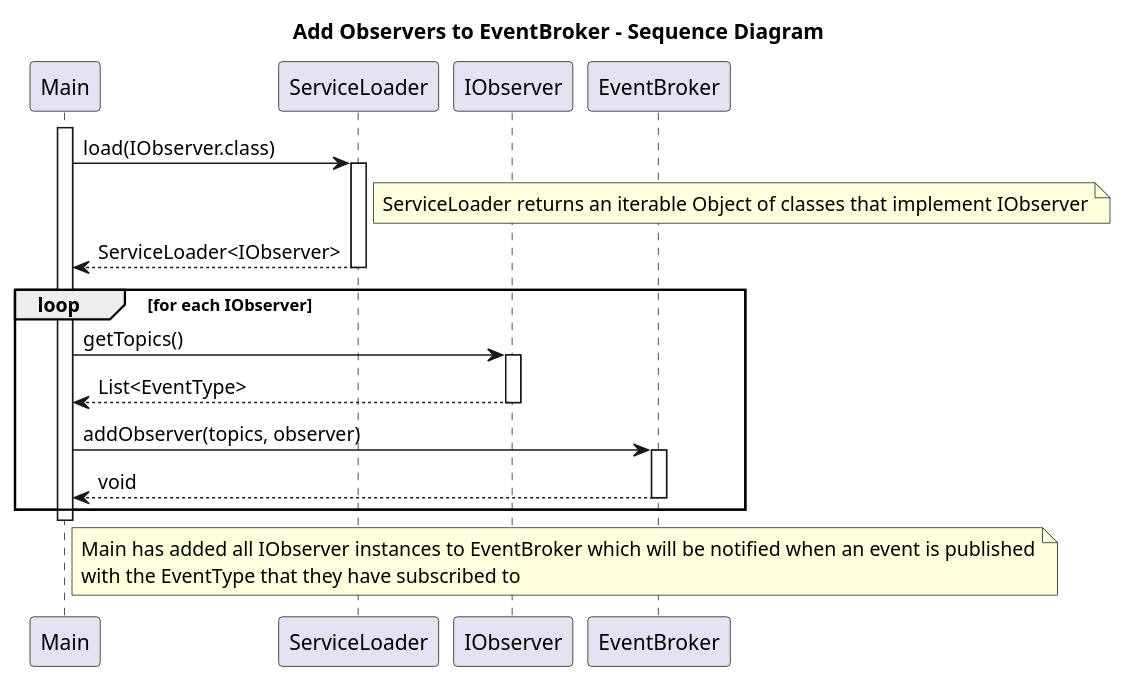
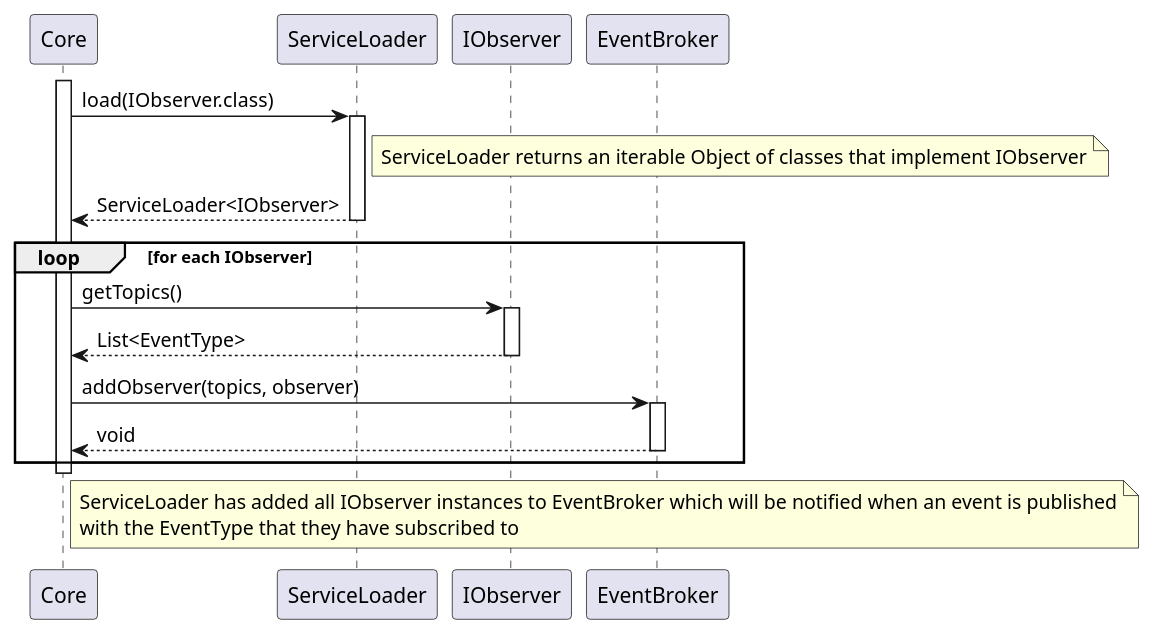
Before and after one commit to jlars22/AsteroidsFX: the diagram in diagrams/sequence add observers.puml, drawn with PlantUML. The commit also changed 6 other files, not shown here.

Commit message:
improve diagrams

```diff
--- a/diagrams/sequence add observers.puml
+++ b/diagrams/sequence add observers.puml
@@ -1,27 +1,25 @@
 @startuml
-title Add Observers to EventBroker - Sequence Diagram
-
-participant Main
+participant Core
 participant ServiceLoader
 participant IObserver
 participant EventBroker
 
-activate Main
-Main -> ServiceLoader: load(IObserver.class)
+activate Core
+Core -> ServiceLoader: load(IObserver.class)
 activate ServiceLoader
 note right of ServiceLoader: ServiceLoader returns an iterable Object of classes that implement IObserver
-ServiceLoader --> Main: ServiceLoader<IObserver>
+ServiceLoader --> Core: ServiceLoader<IObserver>
 deactivate ServiceLoader
 loop for each IObserver
-    Main -> IObserver: getTopics()
+    Core -> IObserver: getTopics()
     activate IObserver
-    IObserver --> Main: List<EventType>
+    IObserver --> Core: List<EventType>
     deactivate IObserver
-    Main -> EventBroker: addObserver(topics, observer)
+    Core -> EventBroker: addObserver(topics, observer)
     activate EventBroker
-    EventBroker --> Main: void
+    EventBroker --> Core: void
     deactivate EventBroker
 end
-deactivate Main
-note right of Main: Main has added all IObserver instances to EventBroker which will be notified when an event is published\nwith the EventType that they have subscribed to
+deactivate Core
+note right of Core: ServiceLoader has added all IObserver instances to EventBroker which will be notified when an event is published\nwith the EventType that they have subscribed to
 @enduml
```
